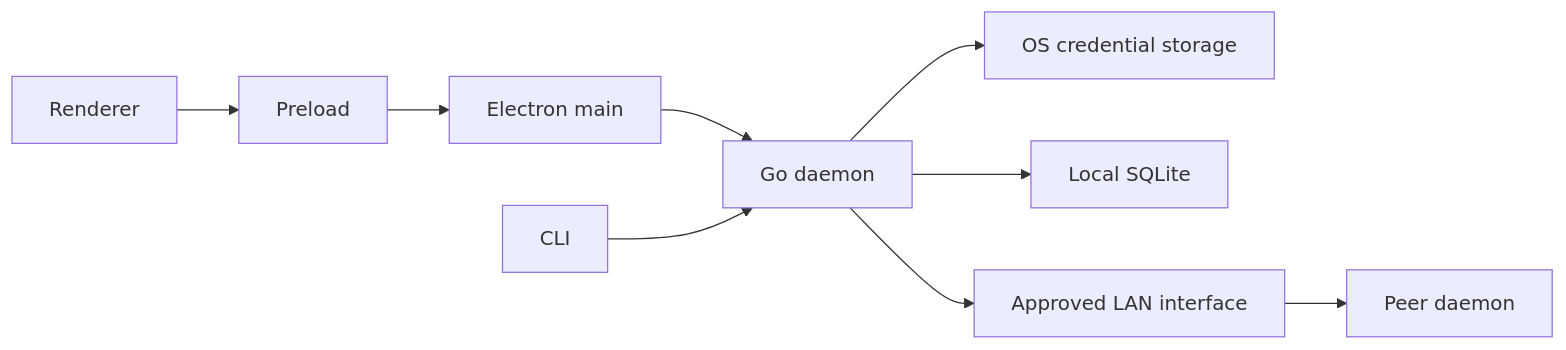
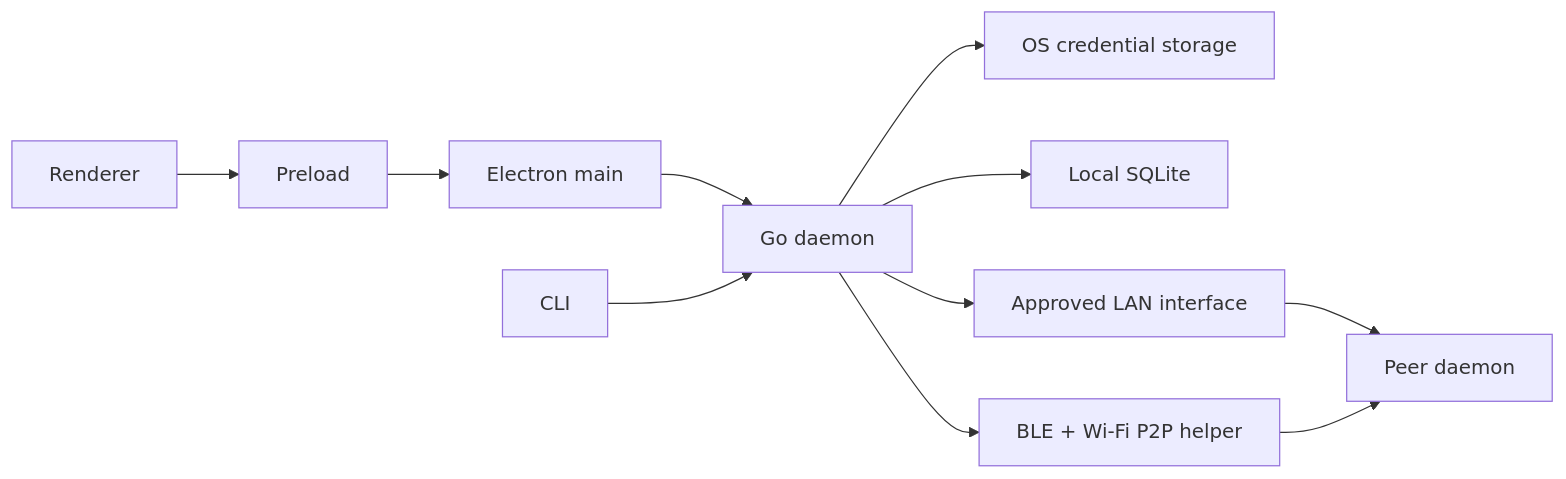
Before and after one commit to haitran-mindset/lanvory: the diagram in docs/architecture/overview.md, drawn with Mermaid. The commit also changed other lines of this file and 7 other files, not shown here.

````diff
--- a/docs/architecture/overview.md
+++ b/docs/architecture/overview.md
@@ -5,11 +5,13 @@
 ```mermaid
 flowchart LR
     R[Renderer] --> P[Preload]
     P --> M[Electron main]
     M --> D[Go daemon]
     C[CLI] --> D
     D --> K[OS credential storage]
     D --> S[Local SQLite]
     D --> L[Approved LAN interface]
+    D --> N[BLE + Wi-Fi P2P helper]
     L --> B[Peer daemon]
+    N --> B
 ```
````
